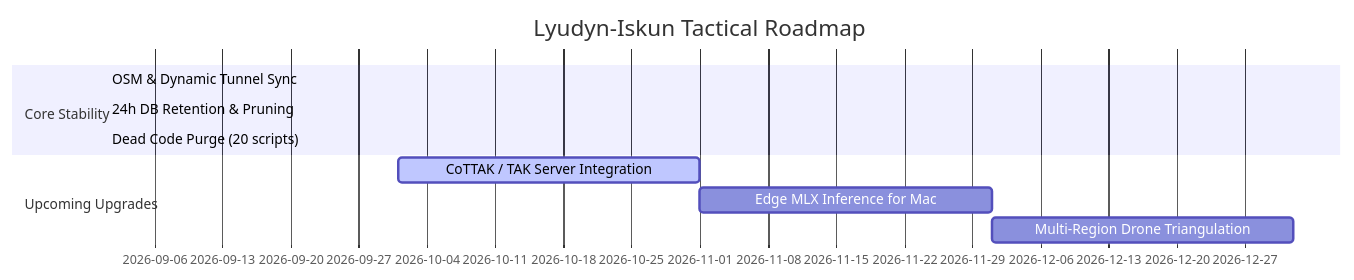
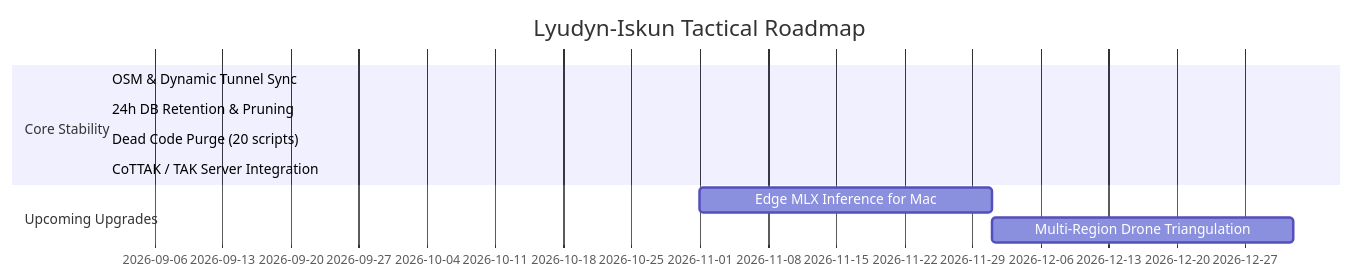
One commit to wakkawarpman-oss/lyudyn-iskun-v2 changed the second of 2 diagrams in AGENT_ARCHITECTURE_ROADMAP.md. Above: the diagram before and after it, drawn with Mermaid. The commit also changed other lines of this file, not shown here.

First line of the commit message:
docs: sync AGENT_ARCHITECTURE_ROADMAP.md with actual codebase

````diff
--- a/AGENT_ARCHITECTURE_ROADMAP.md
+++ b/AGENT_ARCHITECTURE_ROADMAP.md
@@ -133,13 +148,13 @@
 ```mermaid
 gantt
     title Lyudyn-Iskun Tactical Roadmap
     dateFormat  YYYY-MM
     section Core Stability
     OSM & Dynamic Tunnel Sync      :done, 2026-09, 2026-09
     24h DB Retention & Pruning     :done, 2026-09, 2026-09
     Dead Code Purge (20 scripts)   :done, 2026-09, 2026-09
+    CoTTAK / TAK Server Integration :done, 2026-09, 2026-09
     section Upcoming Upgrades
-    CoTTAK / TAK Server Integration :active, 2026-10, 2026-11
     Edge MLX Inference for Mac      :2026-11, 2026-12
     Multi-Region Drone Triangulation:2026-12, 2027-01
 ```
````
